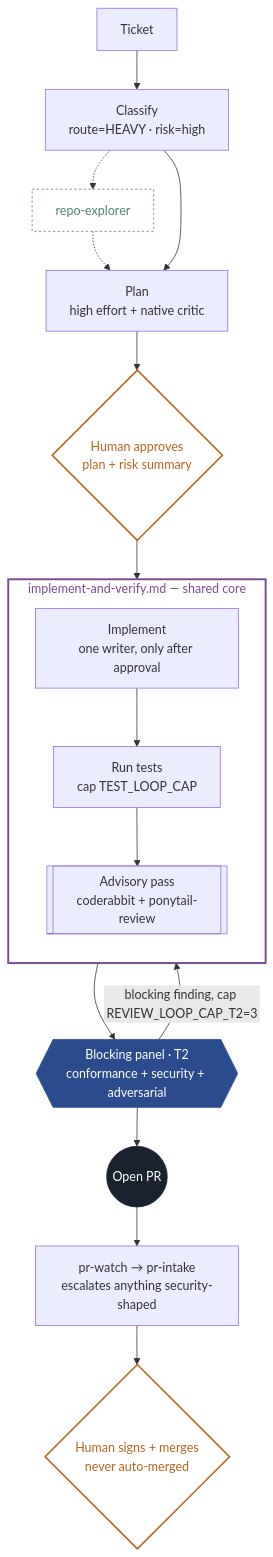
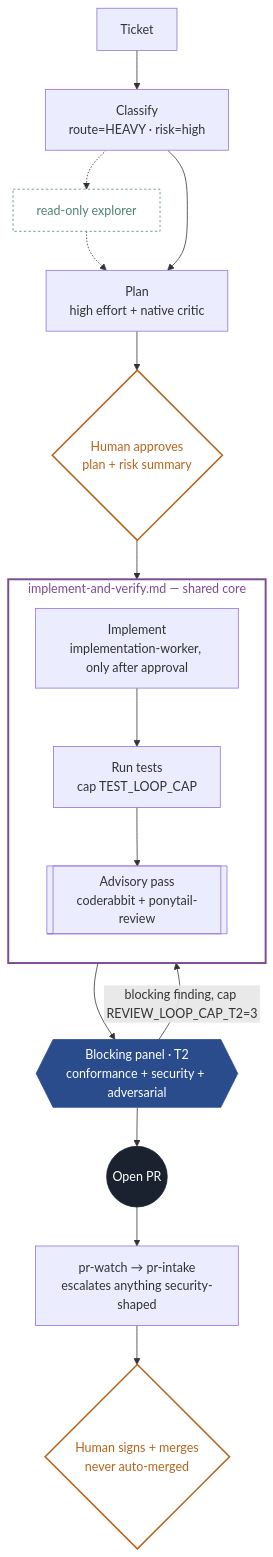
The third of 8 diagrams in README.md (aanojima/software-factory), drawn with Mermaid before and after one commit. The commit also changed other lines of this file and 50 other files, not shown here.

````diff
--- a/README.md
+++ b/README.md
@@ -203,29 +205,29 @@
 ```mermaid
 flowchart TD
     classDef advisory fill:transparent,stroke:#4F8272,color:#4F8272,stroke-width:1px,stroke-dasharray:3 3;
     classDef block fill:#2B4C8C,stroke:#2B4C8C,color:#fff;
     classDef gate fill:transparent,stroke:#B5651D,color:#B5651D,stroke-width:2px;
     classDef terminal fill:#1A2230,stroke:#1A2230,color:#fff;
     classDef core fill:transparent,stroke:#7B4B94,color:#7B4B94,stroke-width:2.5px;
     A[Ticket] --> B0["Classify<br/>route=HEAVY · risk=high"]
-    B0 -.-> X["repo-explorer"]
+    B0 -.-> X["read-only explorer"]
     X -.-> P
     B0 --> P["Plan<br/>high effort + native critic"]
     P --> D0{"Human approves<br/>plan + risk summary"}
     D0 --> B
     subgraph CORE3["implement-and-verify.md — shared core"]
         direction TB
-        B["Implement<br/>one writer, only after approval"] --> C["Run tests<br/>cap TEST_LOOP_CAP"]
+        B["Implement<br/>implementation-worker, only after approval"] --> C["Run tests<br/>cap TEST_LOOP_CAP"]
         C --> Dadv[["Advisory pass<br/>coderabbit + ponytail-review"]]
     end
     Dadv --> G{{"Blocking panel · T2<br/>conformance + security + adversarial"}}
     G -->|blocking finding, cap REVIEW_LOOP_CAP_T2=3| B
     G --> H(("Open PR"))
     H --> I["pr-watch → pr-intake<br/>escalates anything security-shaped"]
     I --> J{"Human signs + merges<br/>never auto-merged"}
     class X advisory
     class D0,J gate
     class G block
     class H terminal
     class CORE3 core
 ```
````
